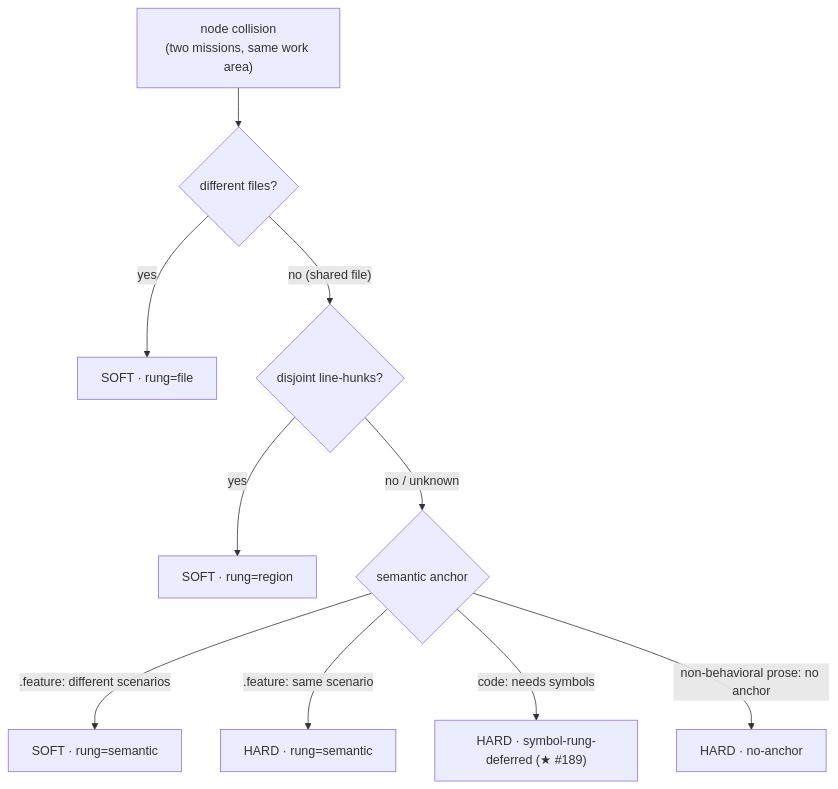
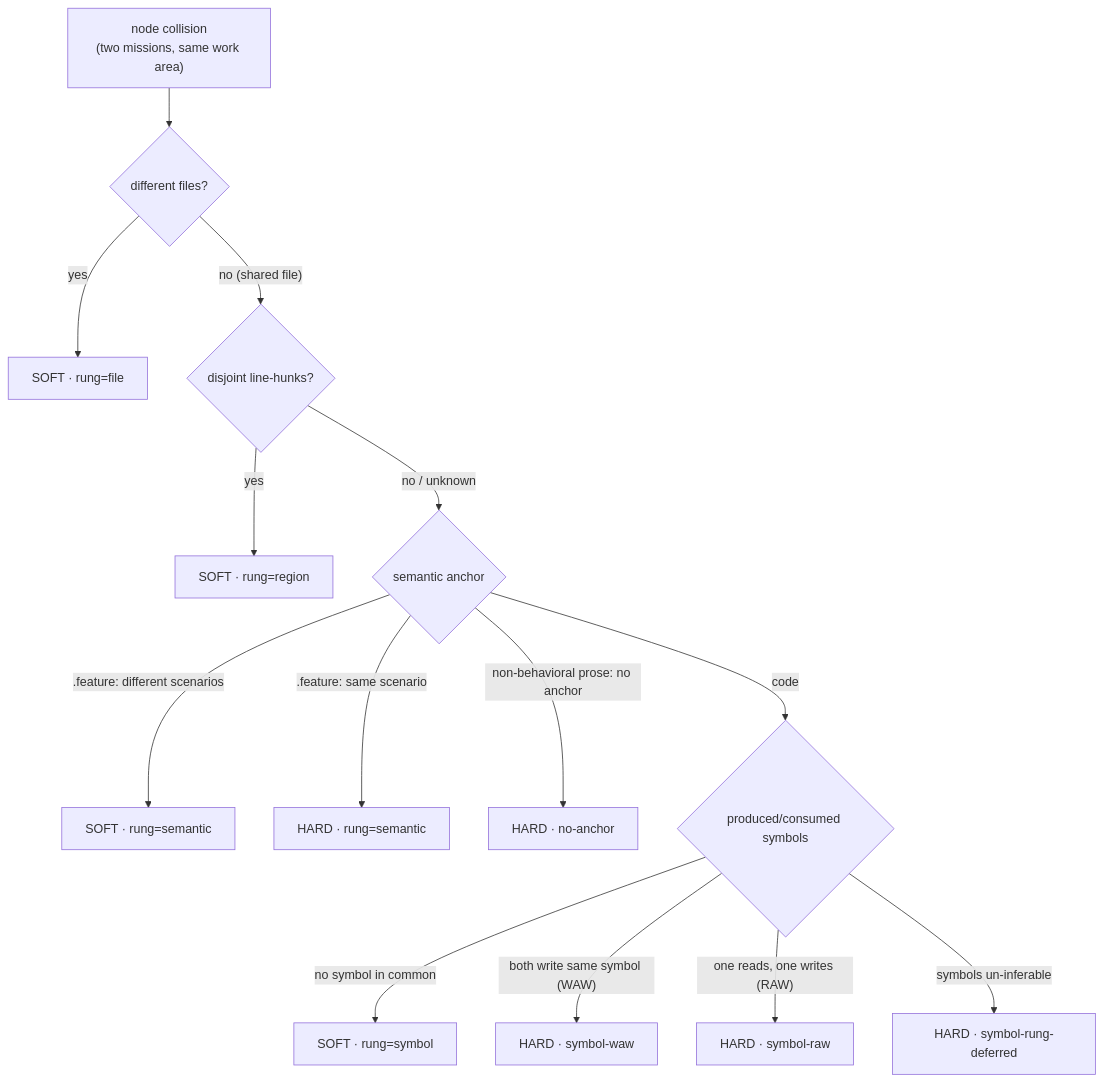
Before and after one commit to cyberuni/cyber-sdd: the diagram in .agents/specs/sdd/collision-ladder/README.md, drawn with Mermaid. The commit also changed other lines of this file and 3 other files, not shown here.

First line of the commit message:
feat(sdd): freeze the collision-ladder symbol rung at the spec gate (#189)

````diff
--- a/.agents/specs/sdd/collision-ladder/README.md
+++ b/.agents/specs/sdd/collision-ladder/README.md
@@ -29,12 +29,16 @@
 ```mermaid
 flowchart TD
   coll["node collision<br/>(two missions, same work area)"] --> file{different files?}
   file -- yes --> soft1["SOFT · rung=file"]
   file -- "no (shared file)" --> region{disjoint line-hunks?}
   region -- yes --> soft2["SOFT · rung=region"]
   region -- "no / unknown" --> sem{semantic anchor}
   sem -- ".feature: different scenarios" --> soft3["SOFT · rung=semantic"]
   sem -- ".feature: same scenario" --> hard1["HARD · rung=semantic"]
-  sem -- "code: needs symbols" --> hard2["HARD · symbol-rung-deferred (★ #189)"]
   sem -- "non-behavioral prose: no anchor" --> hard3["HARD · no-anchor"]
+  sem -- "code" --> sym{produced/consumed symbols}
+  sym -- "no symbol in common" --> soft4["SOFT · rung=symbol"]
+  sym -- "both write same symbol (WAW)" --> hard4["HARD · symbol-waw"]
+  sym -- "one reads, one writes (RAW)" --> hard5["HARD · symbol-raw"]
+  sym -- "symbols un-inferable" --> hard2["HARD · symbol-rung-deferred"]
 ```
````
